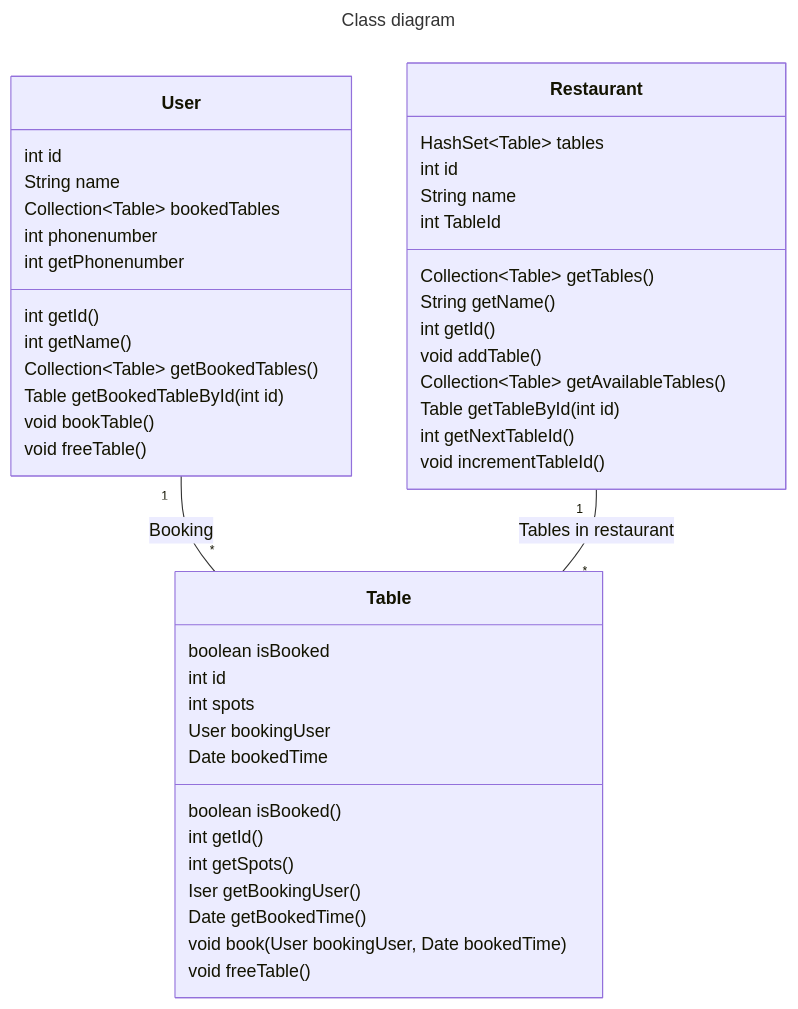
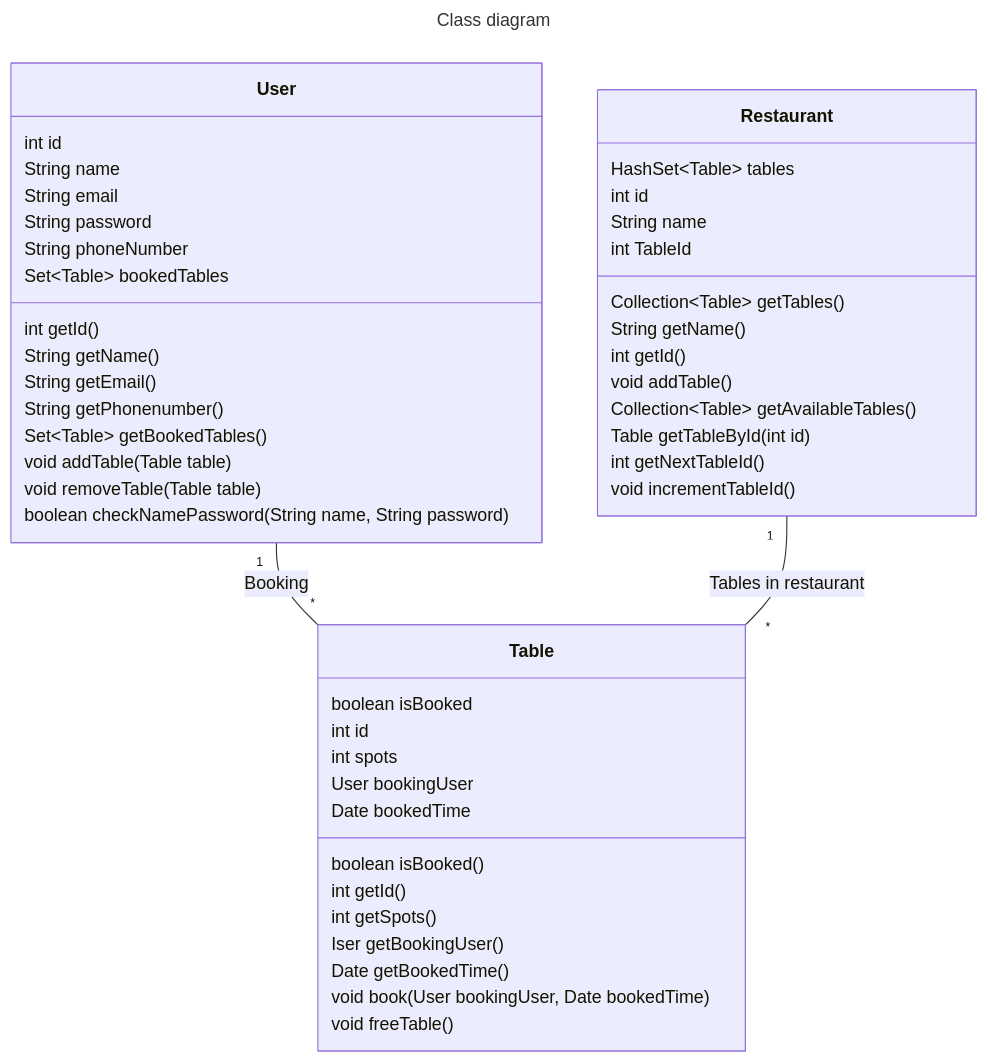
The diagram in class-diagram.md (marsun02/IT1901_Booking_Manager), drawn with Mermaid before and after one commit.

Commit message:
docs: :memo: Updated class-diagram.md to have the correct fields for User class #56

````diff
--- a/class-diagram.md
+++ b/class-diagram.md
@@ -1,58 +1,61 @@
 ```mermaid
 ---
 title: Class diagram
 ---
 
 classDiagram
     class Table{
         boolean isBooked
         int id
         int spots
         User bookingUser
         Date bookedTime
 
         boolean isBooked()
         int getId()
         int getSpots()
         Iser getBookingUser()
         Date getBookedTime()
         void book(User bookingUser, Date bookedTime)
         void freeTable()
     }
 
     class User{
         int id
         String name
-        Collection&lt;Table&gt bookedTables
-        int phonenumber
+        String email
+        String password
+        String phoneNumber
+        Set&lt;Table&gt bookedTables
 
         int getId()
-        int getName()
-        Collection&lt;Table&gt getBookedTables()
-        Table getBookedTableById(int id)
-        int getPhonenumber
-        void bookTable()
-        void freeTable()
+        String getName()
+        String getEmail()
+        String getPhonenumber()
+        Set&lt;Table&gt getBookedTables()
+        void addTable(Table table)
+        void removeTable(Table table)
+        boolean checkNamePassword(String name, String password)
     }
 
     class Restaurant{
         
         HashSet&lt;Table&gt; tables
         int id
         String name
         int TableId
 
 
         Collection&lt;Table&gt getTables()
         String getName()
         int getId()
         void addTable()
         Collection&lt;Table&gt getAvailableTables()
         Table getTableById(int id)
         int getNextTableId()
         void incrementTableId()
     }
 
     User "1" -- "*" Table : Booking
     Restaurant "1" -- "*" Table : Tables in restaurant
 ```
````
